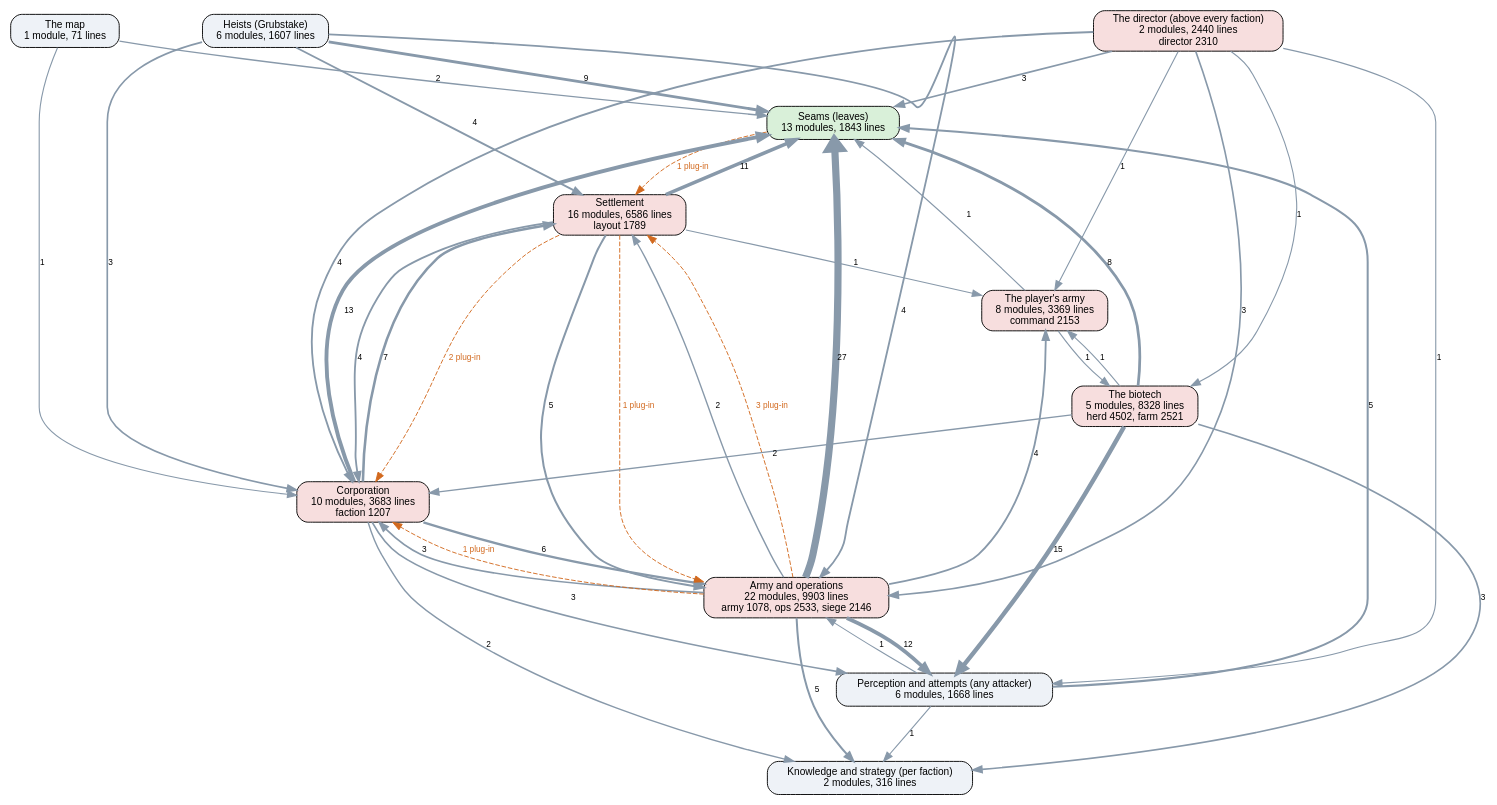
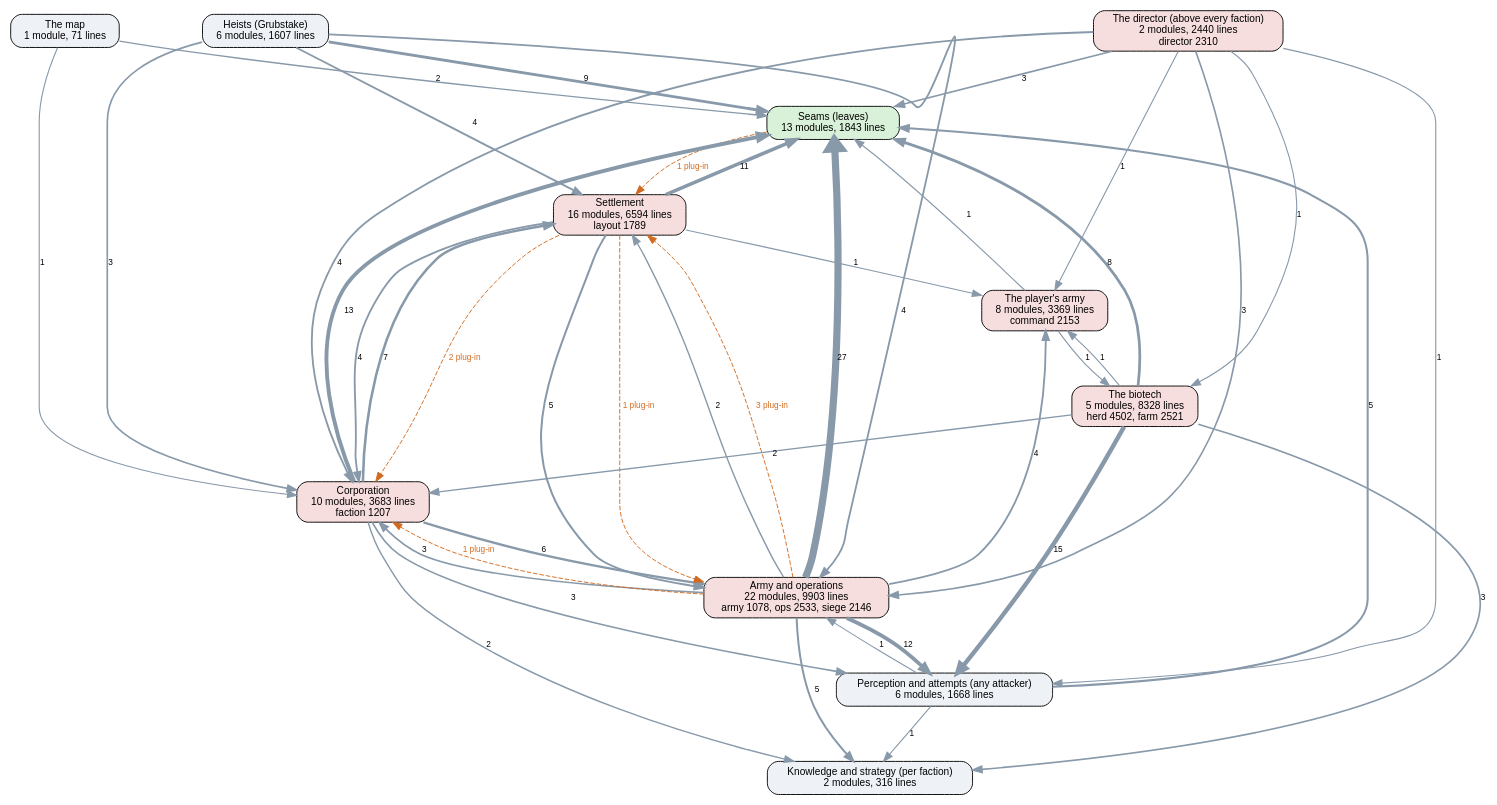
Before and after one commit to kinelhu/landing-party: the diagram in docs/ai-layers.dot, drawn with Graphviz. The commit also changed 10 other files, not shown here.

```diff
--- a/docs/ai-layers.dot
+++ b/docs/ai-layers.dot
@@ -1,58 +1,58 @@
 digraph layers {
   graph [rankdir=TB, fontname="Helvetica", nodesep=0.5, ranksep=0.7];
   node [shape=box, style="rounded,filled", fontname="Helvetica", fontsize=11, fillcolor="#eef2f7"];
   edge [color="#8899aa", fontname="Helvetica", fontsize=9];
   "Seams (leaves)" [label="Seams (leaves)\n13 modules, 1843 lines", fillcolor="#d9f0d9"];
   "Perception and attempts (any attacker)" [label="Perception and attempts (any attacker)\n6 modules, 1668 lines", fillcolor="#eef2f7"];
   "Knowledge and strategy (per faction)" [label="Knowledge and strategy (per faction)\n2 modules, 316 lines", fillcolor="#eef2f7"];
   "The director (above every faction)" [label="The director (above every faction)\n2 modules, 2440 lines\ndirector 2310", fillcolor="#f7dede"];
   "Corporation" [label="Corporation\n10 modules, 3683 lines\nfaction 1207", fillcolor="#f7dede"];
-  "Settlement" [label="Settlement\n16 modules, 6586 lines\nlayout 1789", fillcolor="#f7dede"];
+  "Settlement" [label="Settlement\n16 modules, 6594 lines\nlayout 1789", fillcolor="#f7dede"];
   "Army and operations" [label="Army and operations\n22 modules, 9903 lines\narmy 1078, ops 2533, siege 2146", fillcolor="#f7dede"];
   "Heists (Grubstake)" [label="Heists (Grubstake)\n6 modules, 1607 lines", fillcolor="#eef2f7"];
   "The biotech" [label="The biotech\n5 modules, 8328 lines\nherd 4502, farm 2521", fillcolor="#f7dede"];
   "The map" [label="The map\n1 module, 71 lines", fillcolor="#eef2f7"];
   "The player's army" [label="The player's army\n8 modules, 3369 lines\ncommand 2153", fillcolor="#f7dede"];
   "Army and operations" -> "Corporation" [label="3", penwidth=1.8];
   "Army and operations" -> "Knowledge and strategy (per faction)" [label="5", penwidth=2.2];
   "Army and operations" -> "Perception and attempts (any attacker)" [label="12", penwidth=4.0];
   "Army and operations" -> "Seams (leaves)" [label="27", penwidth=7.8];
   "Army and operations" -> "Settlement" [label="2", penwidth=1.5];
   "Army and operations" -> "The player's army" [label="4", penwidth=2.0];
   "Corporation" -> "Army and operations" [label="6", penwidth=2.5];
   "Corporation" -> "Knowledge and strategy (per faction)" [label="2", penwidth=1.5];
   "Corporation" -> "Perception and attempts (any attacker)" [label="3", penwidth=1.8];
   "Corporation" -> "Seams (leaves)" [label="13", penwidth=4.2];
   "Corporation" -> "Settlement" [label="7", penwidth=2.8];
   "Heists (Grubstake)" -> "Army and operations" [label="4", penwidth=2.0];
   "Heists (Grubstake)" -> "Corporation" [label="3", penwidth=1.8];
   "Heists (Grubstake)" -> "Seams (leaves)" [label="9", penwidth=3.2];
   "Heists (Grubstake)" -> "Settlement" [label="4", penwidth=2.0];
   "Perception and attempts (any attacker)" -> "Army and operations" [label="1", penwidth=1.2];
   "Perception and attempts (any attacker)" -> "Knowledge and strategy (per faction)" [label="1", penwidth=1.2];
   "Perception and attempts (any attacker)" -> "Seams (leaves)" [label="5", penwidth=2.2];
   "Settlement" -> "Army and operations" [label="5", penwidth=2.2];
   "Settlement" -> "Corporation" [label="4", penwidth=2.0];
   "Settlement" -> "Seams (leaves)" [label="11", penwidth=3.8];
   "Settlement" -> "The player's army" [label="1", penwidth=1.2];
   "The biotech" -> "Corporation" [label="2", penwidth=1.5];
   "The biotech" -> "Knowledge and strategy (per faction)" [label="3", penwidth=1.8];
   "The biotech" -> "Perception and attempts (any attacker)" [label="15", penwidth=4.8];
   "The biotech" -> "Seams (leaves)" [label="8", penwidth=3.0];
   "The biotech" -> "The player's army" [label="1", penwidth=1.2];
   "The director (above every faction)" -> "Army and operations" [label="3", penwidth=1.8];
   "The director (above every faction)" -> "Corporation" [label="4", penwidth=2.0];
   "The director (above every faction)" -> "Perception and attempts (any attacker)" [label="1", penwidth=1.2];
   "The director (above every faction)" -> "Seams (leaves)" [label="3", penwidth=1.8];
   "The director (above every faction)" -> "The biotech" [label="1", penwidth=1.2];
   "The director (above every faction)" -> "The player's army" [label="1", penwidth=1.2];
   "The map" -> "Corporation" [label="1", penwidth=1.2];
   "The map" -> "Seams (leaves)" [label="2", penwidth=1.5];
   "The player's army" -> "Seams (leaves)" [label="1", penwidth=1.2];
   "The player's army" -> "The biotech" [label="1", penwidth=1.2];
   "Army and operations" -> "Corporation" [style=dashed, color="#d2691e", fontcolor="#d2691e", label="1 plug-in"];
   "Army and operations" -> "Settlement" [style=dashed, color="#d2691e", fontcolor="#d2691e", label="3 plug-in"];
   "Seams (leaves)" -> "Settlement" [style=dashed, color="#d2691e", fontcolor="#d2691e", label="1 plug-in"];
   "Settlement" -> "Army and operations" [style=dashed, color="#d2691e", fontcolor="#d2691e", label="1 plug-in"];
   "Settlement" -> "Corporation" [style=dashed, color="#d2691e", fontcolor="#d2691e", label="2 plug-in"];
 }
```
